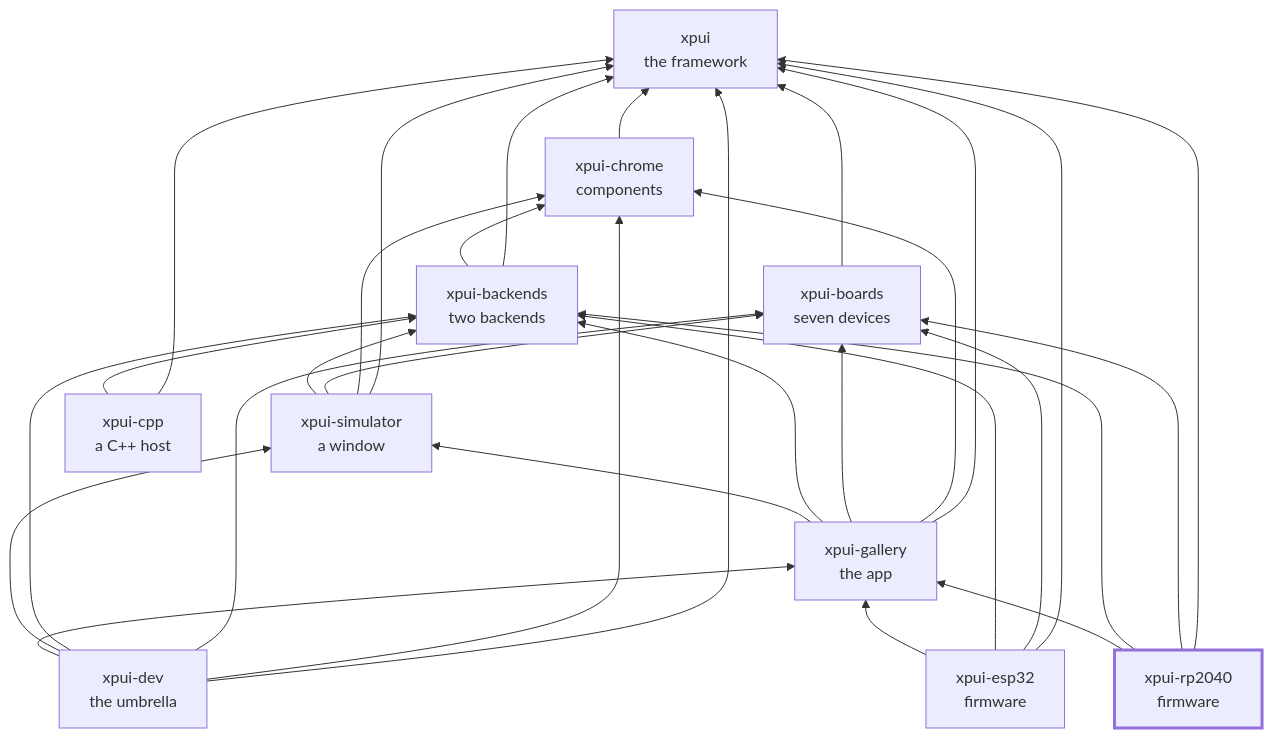
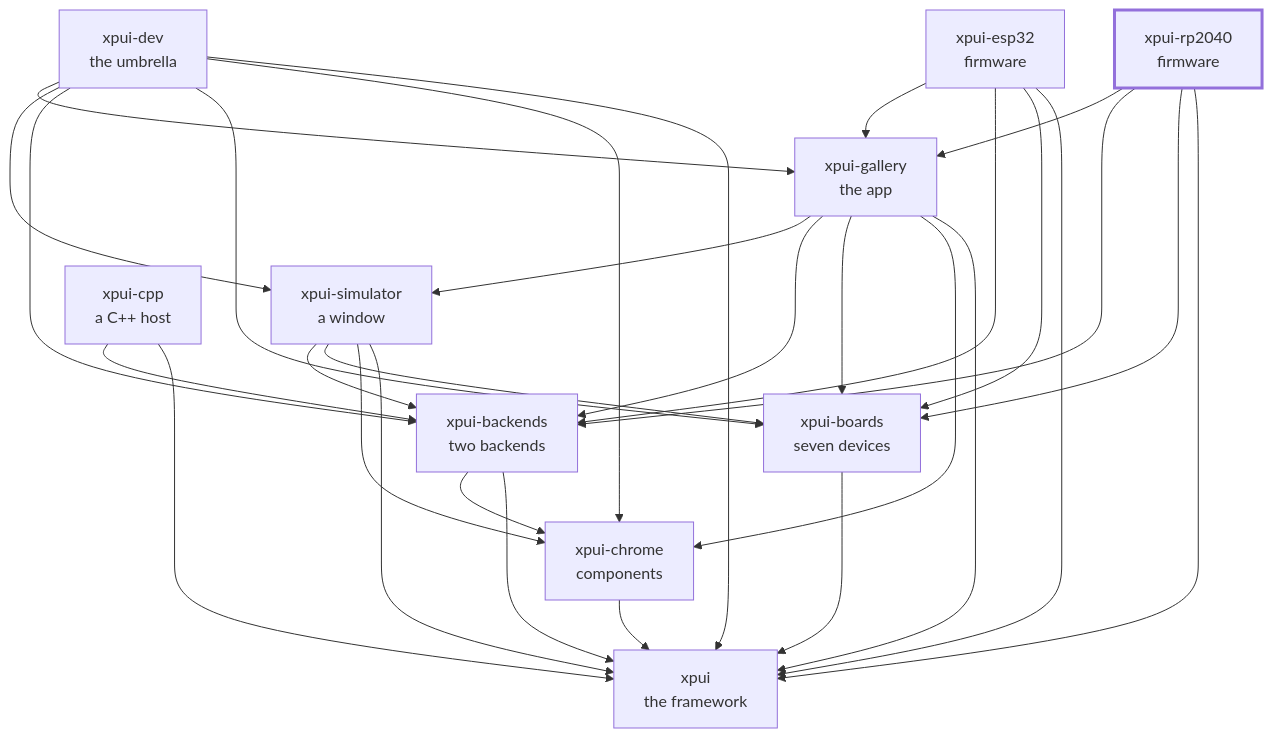
Before and after one commit to XPUI-Framework/xpui-rp2040: the diagram in README.md, drawn with Mermaid. The commit also changed other lines of this file and 18 other files, not shown here.

````diff
--- a/README.md
+++ b/README.md
@@ -132,43 +131,43 @@
 ```mermaid
-flowchart BT
+flowchart TD
   xpui["xpui<br/>the framework"]
   chrome["xpui-chrome<br/>components"]
   boards["xpui-boards<br/>seven devices"]
   backends["xpui-backends<br/>two backends"]
   simulator["xpui-simulator<br/>a window"]
   gallery["xpui-gallery<br/>the app"]
   rp2040["xpui-rp2040<br/>firmware"]
   esp32["xpui-esp32<br/>firmware"]
   cpp["xpui-cpp<br/>a C++ host"]
   dev["xpui-dev<br/>the umbrella"]
   chrome --> xpui
   boards --> xpui
   backends --> xpui
   backends --> chrome
   simulator --> xpui
   simulator --> chrome
   simulator --> boards
   simulator --> backends
   gallery --> xpui
   gallery --> chrome
   gallery --> boards
   gallery --> backends
   gallery --> simulator
   rp2040 --> xpui
   rp2040 --> boards
   rp2040 --> backends
   rp2040 --> gallery
   esp32 --> xpui
   esp32 --> boards
   esp32 --> backends
   esp32 --> gallery
   cpp --> xpui
   cpp --> backends
   dev --> xpui
   dev --> chrome
   dev --> boards
   dev --> backends
   dev --> simulator
   dev --> gallery
   style rp2040 stroke-width:3px
 ```
````
